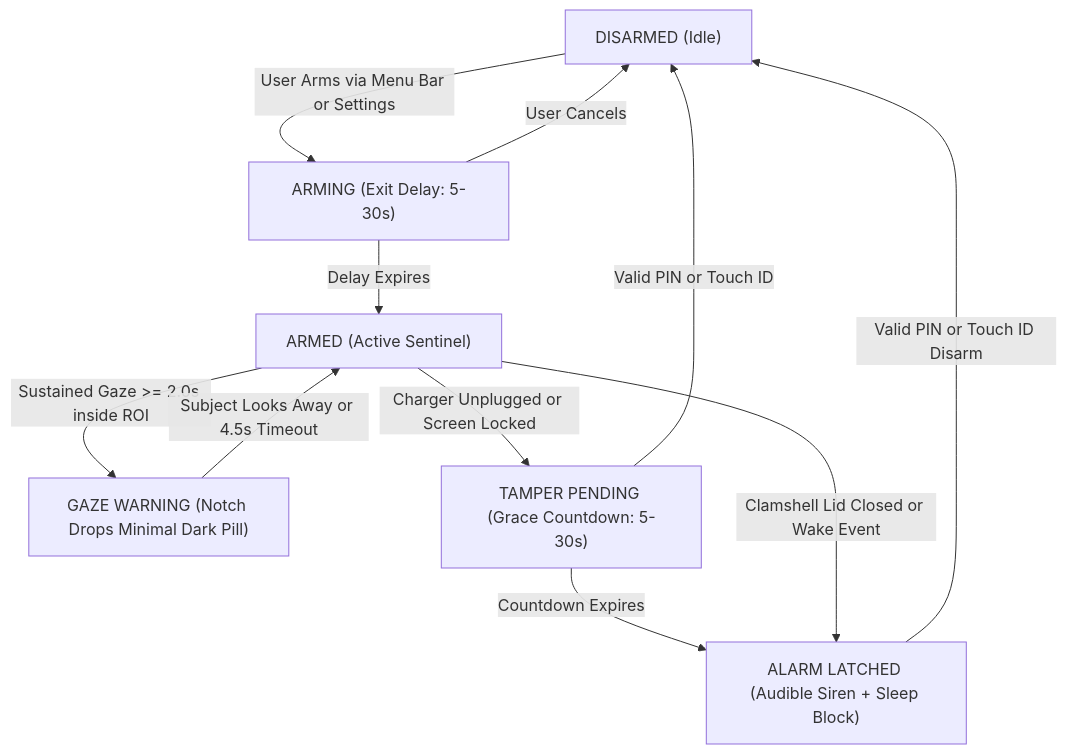
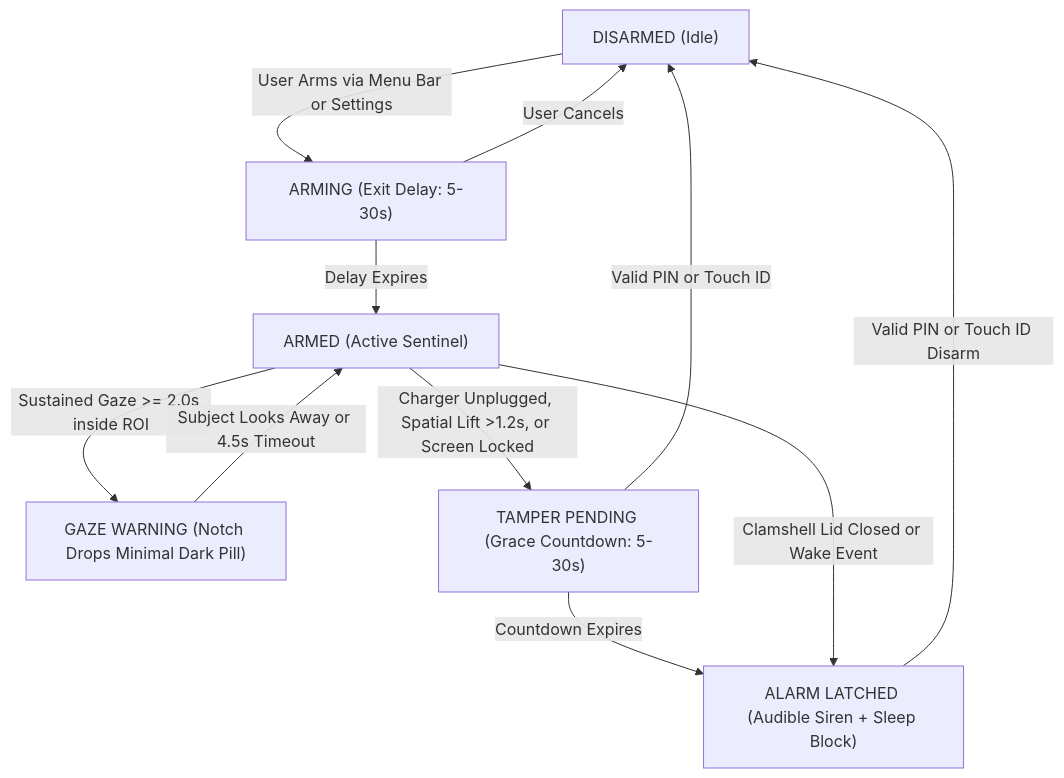
One commit to SteveWong-a/Pupil changed the first of 2 diagrams in docs/CODEBASE_KNOWLEDGE_BASE.md. Above: the diagram before and after it, drawn with Mermaid. The commit also changed other lines of this file and 10 other files, not shown here.

Commit message:
feat: add spatial lift and motion detector for anti-theft battery protection

````diff
--- a/docs/CODEBASE_KNOWLEDGE_BASE.md
+++ b/docs/CODEBASE_KNOWLEDGE_BASE.md
@@ -19,16 +19,16 @@
 ```mermaid
 flowchart TD
     D["DISARMED (Idle)"] -->|User Arms via Menu Bar or Settings| A["ARMING (Exit Delay: 5-30s)"]
     A -->|Delay Expires| ARMED["ARMED (Active Sentinel)"]
     A -->|User Cancels| D
     
     ARMED -->|Sustained Gaze >= 2.0s inside ROI| GW["GAZE WARNING (Notch Drops Minimal Dark Pill)"]
     GW -->|Subject Looks Away or 4.5s Timeout| ARMED
     
-    ARMED -->|Charger Unplugged or Screen Locked| TP["TAMPER PENDING (Grace Countdown: 5-30s)"]
+    ARMED -->|Charger Unplugged, Spatial Lift >1.2s, or Screen Locked| TP["TAMPER PENDING (Grace Countdown: 5-30s)"]
     TP -->|Valid PIN or Touch ID| D
     TP -->|Countdown Expires| ALARM["ALARM LATCHED (Audible Siren + Sleep Block)"]
     
     ARMED -->|Clamshell Lid Closed or Wake Event| ALARM
     ALARM -->|Valid PIN or Touch ID Disarm| D
 ```
````
